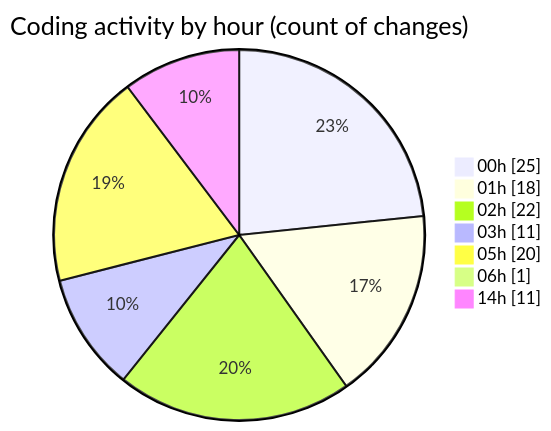
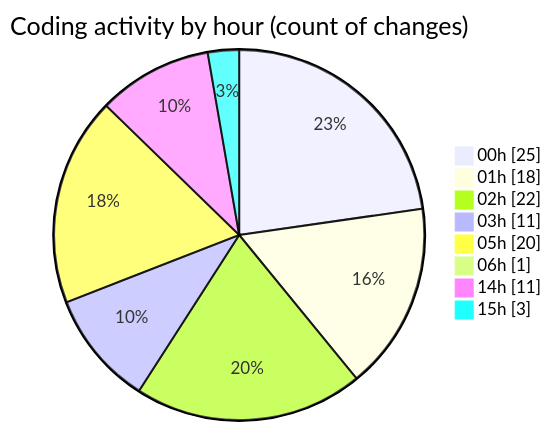
One commit to EIIisD/code-tracking changed the second of 2 diagrams in 2025-07-18/ribbon/README.md. Above: the diagram before and after it, drawn with Mermaid. The commit also changed other lines of this file and 1 other file, not shown here.

````diff
--- a/2025-07-18/ribbon/README.md
+++ b/2025-07-18/ribbon/README.md
@@ -40,11 +40,12 @@
 ```mermaid
 pie showData
 title Coding activity by hour (count of changes)
 "00h" : 25
 "01h" : 18
 "02h" : 22
 "03h" : 11
 "05h" : 20
 "06h" : 1
 "14h" : 11
+"15h" : 3
 ```
````
